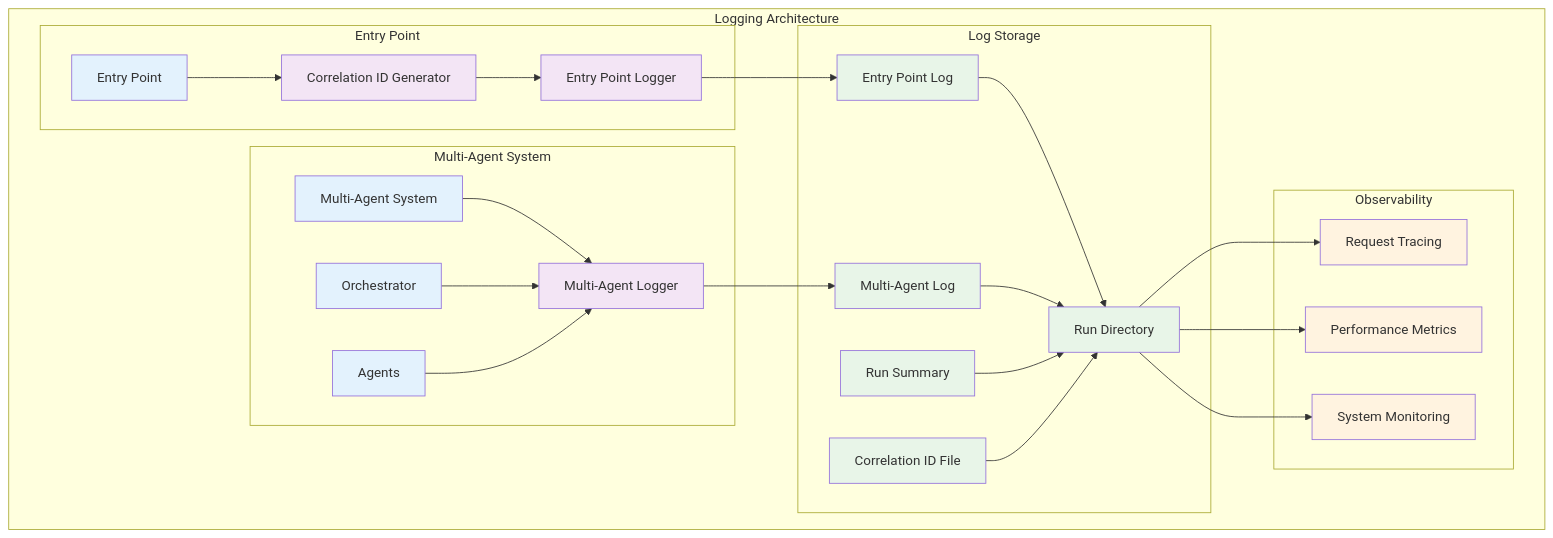
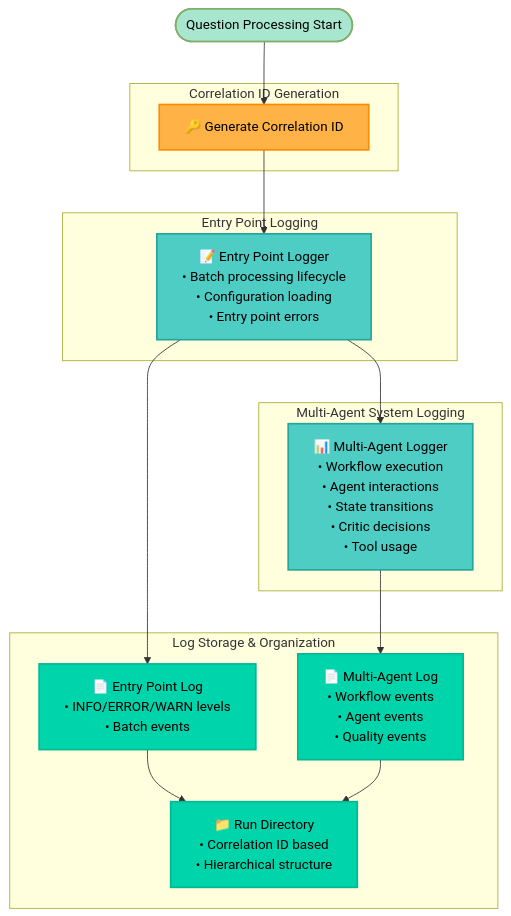
Before and after one commit to jdsham/hf-ai-agents-course: diagram 11 of 11 in docs/src2/ARCHITECTURE.md, drawn with Mermaid. The commit also changed other lines of this file, not shown here.

Commit message:
Updated source code architectrure document. Another major round of edits for diagrams, section 7 and 8.

````diff
--- a/docs/src2/ARCHITECTURE.md
+++ b/docs/src2/ARCHITECTURE.md
@@ -2208,60 +2219,43 @@
 ```mermaid
-graph TB
-    subgraph "Logging Architecture"
-        subgraph "Entry Point"
-            EP[Entry Point]
-            EPL[Entry Point Logger]
-            EPID[Correlation ID Generator]
-        end
-        
-        subgraph "Multi-Agent System"
-            MAS[Multi-Agent System]
-            MASL[Multi-Agent Logger]
-            Orchestrator[Orchestrator]
-            Agents[Agents]
-        end
-        
-        subgraph "Log Storage"
-            RunDir[Run Directory]
-            EntryLog[Entry Point Log]
-            MASLog[Multi-Agent Log]
-            Summary[Run Summary]
-            CorrID[Correlation ID File]
-        end
-        
-        subgraph "Observability"
-            Tracing[Request Tracing]
-            Metrics[Performance Metrics]
-            Monitoring[System Monitoring]
-        end
+graph TD
+    Start([Question Processing Start])
+    
+    subgraph "Correlation ID Generation"
+        CorrIDGen["🔑 Generate Correlation ID"]
     end
     
-    EP --> EPID
-    EPID --> EPL
-    EPL --> EntryLog
+    subgraph "Entry Point Logging"
+        EntryLogger["📝 Entry Point Logger<br/>• Batch processing lifecycle<br/>• Configuration loading<br/>• Entry point errors"]
+    end
     
-    MAS --> MASL
-    MASL --> MASLog
+    subgraph "Multi-Agent System Logging"
+        MASLogger["📊 Multi-Agent Logger<br/>• Workflow execution<br/>• Agent interactions<br/>• State transitions<br/>• Critic decisions<br/>• Tool usage"]
+    end
     
-    Orchestrator --> MASL
-    Agents --> MASL
+    subgraph "Log Storage & Organization"
+        RunDir["📁 Run Directory<br/>• Correlation ID based<br/>• Hierarchical structure"]
+        EntryLog["📄 Entry Point Log<br/>• INFO/ERROR/WARN levels<br/>• Batch events"]
+        MASLog["📄 Multi-Agent Log<br/>• Workflow events<br/>• Agent events<br/>• Quality events"]
+    end
+    
+    Start --> CorrIDGen
+    CorrIDGen --> EntryLogger
+    EntryLogger --> MASLogger
+    
+    EntryLogger --> EntryLog
+    MASLogger --> MASLog
     
     EntryLog --> RunDir
     MASLog --> RunDir
-    Summary --> RunDir
-    CorrID --> RunDir
     
-    RunDir --> Tracing
-    RunDir --> Metrics
-    RunDir --> Monitoring
+    %% Styling - Dark Theme Optimized
+    classDef start fill:#A8E6CF,stroke:#7FB069,stroke-width:2px,color:#000000
+    classDef correlation fill:#FFB347,stroke:#FF8C00,stroke-width:2px,color:#000000
+    classDef logging fill:#4ECDC4,stroke:#26A69A,stroke-width:2px,color:#000000
+    classDef storage fill:#00D4AA,stroke:#00B894,stroke-width:2px,color:#000000
     
-    classDef component fill:#e3f2fd
-    classDef logger fill:#f3e5f5
-    classDef storage fill:#e8f5e8
-    classDef observability fill:#fff3e0
-    
-    class EP,MAS,Orchestrator,Agents component
-    class EPL,MASL,EPID logger
-    class EntryLog,MASLog,Summary,CorrID,RunDir storage
-    class Tracing,Metrics,Monitoring observability
+    class Start start
+    class CorrIDGen correlation
+    class EntryLogger,MASLogger logging
+    class RunDir,EntryLog,MASLog storage
 ```
````
